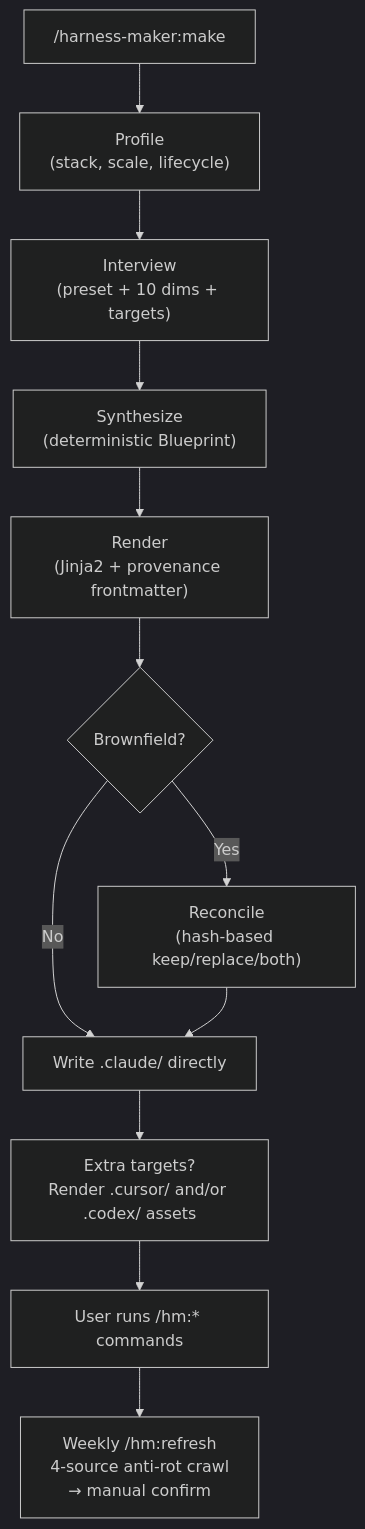
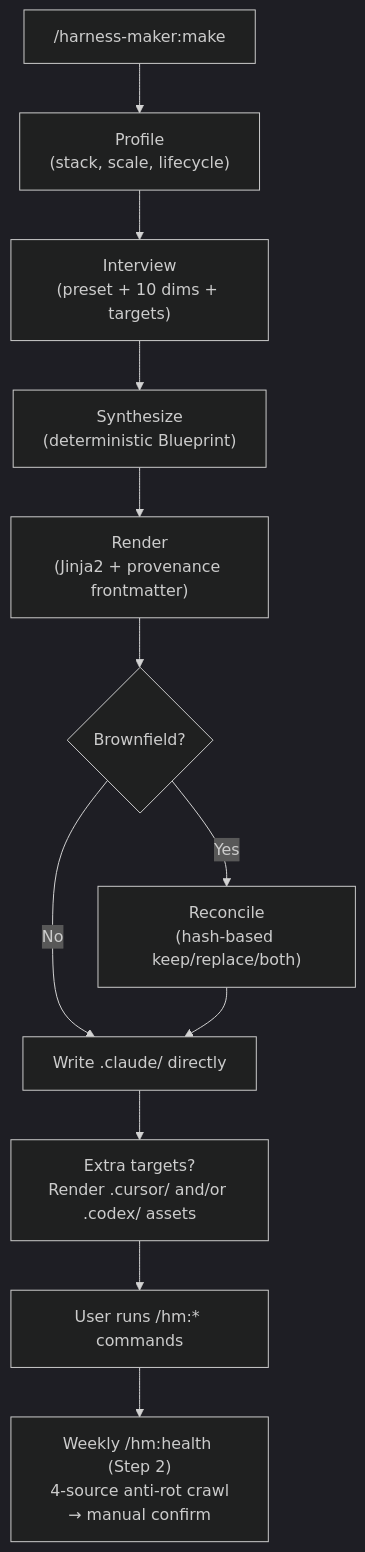
One commit to Ecro/harness-maker changed the diagram in README.md. Above: the diagram before and after it, drawn with Mermaid (dark theme). The commit also changed other lines of this file and 175 other files, not shown here.

````diff
--- a/README.md
+++ b/README.md
@@ -244,14 +244,14 @@
 ```mermaid
 flowchart TD
     A["/harness-maker:make"] --> B["Profile\n(stack, scale, lifecycle)"]
     B --> C["Interview\n(preset + 10 dims + targets)"]
     C --> D["Synthesize\n(deterministic Blueprint)"]
     D --> E["Render\n(Jinja2 + provenance frontmatter)"]
     E --> F{Brownfield?}
     F -- No --> G["Write .claude/ directly"]
     F -- Yes --> H["Reconcile\n(hash-based keep/replace/both)"]
     H --> G
     G --> I["Extra targets?\nRender .cursor/ and/or .codex/ assets"]
     I --> J["User runs /hm:* commands"]
-    J --> K["Weekly /hm:refresh\n4-source anti-rot crawl\n→ manual confirm"]
+    J --> K["Weekly /hm:health (Step 2)\n4-source anti-rot crawl\n→ manual confirm"]
 ```
````
